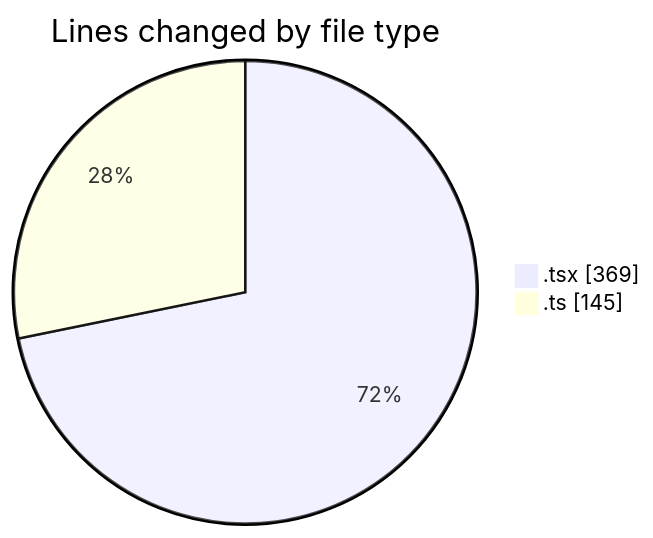
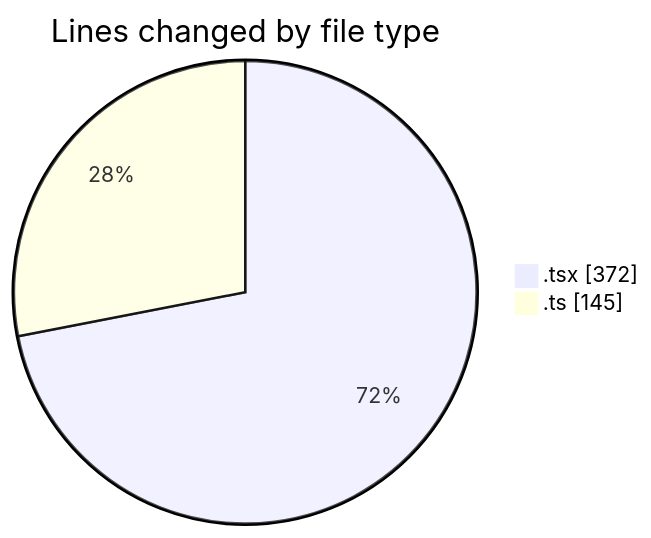
Before and after one commit to julien-gomy/code-tracking: the first of 2 diagrams in 2025-11-23/eventscop-frontend-guide__workspace_/README.md, drawn with Mermaid. The commit also changed other lines of this file and 1 other file, not shown here.

````diff
--- a/2025-11-23/eventscop-frontend-guide__workspace_/README.md
+++ b/2025-11-23/eventscop-frontend-guide__workspace_/README.md
@@ -26,6 +26,6 @@
 ```mermaid
 pie showData
 title Lines changed by file type
-".tsx" : 369
+".tsx" : 372
 ".ts" : 145
 ```
````
